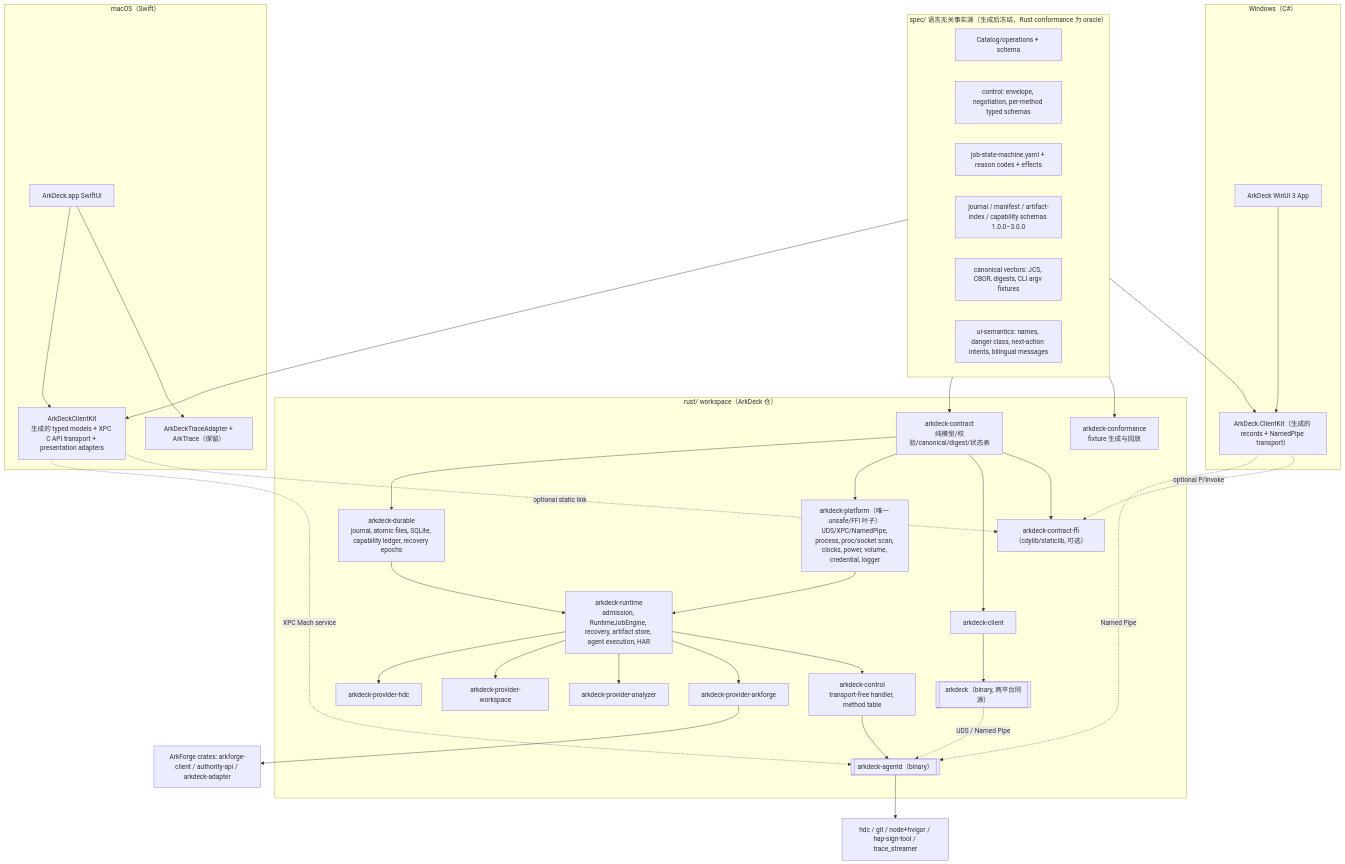
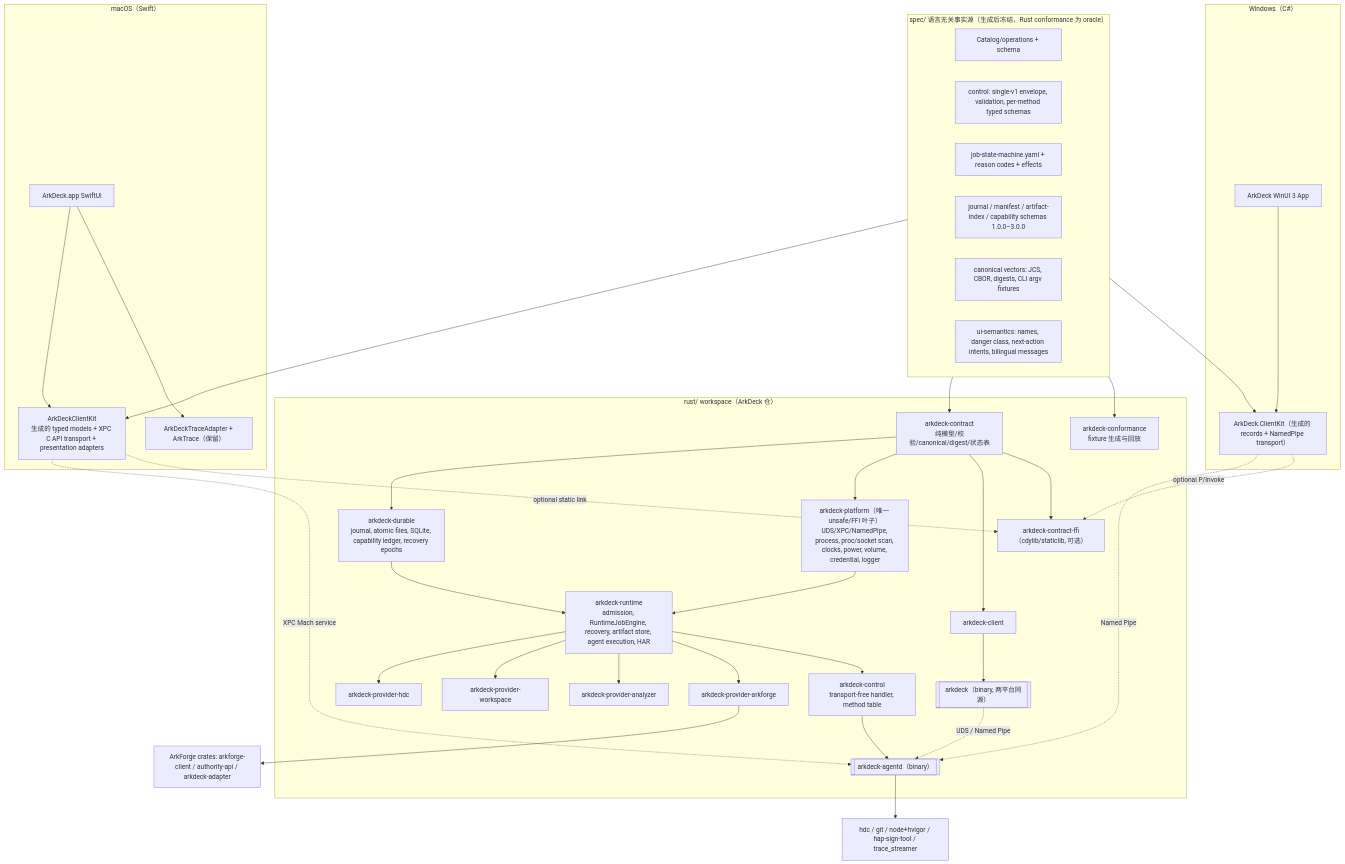
The first of 6 diagrams in docs/design/cross-platform/rust-core-cross-platform-architecture.md (ArkDeck/ArkDeck), drawn with Mermaid before and after one commit. The commit also changed other lines of this file and 11 other files, not shown here.

````diff
--- a/docs/design/cross-platform/rust-core-cross-platform-architecture.md
+++ b/docs/design/cross-platform/rust-core-cross-platform-architecture.md
@@ -138,64 +140,64 @@
 ```mermaid
 flowchart TB
   subgraph SPEC["spec/ 语言无关事实源（生成后冻结，Rust conformance 为 oracle）"]
     CAT[Catalog/operations + schema]
-    CTRL[control: envelope, negotiation, per-method typed schemas]
+    CTRL[control: single-v1 envelope, validation, per-method typed schemas]
     SM[job-state-machine.yaml + reason codes + effects]
     JRN[journal / manifest / artifact-index / capability schemas 1.0.0–3.0.0]
     VEC[canonical vectors: JCS, CBOR, digests, CLI argv fixtures]
     UIS[ui-semantics: names, danger class, next-action intents, bilingual messages]
   end
 
   subgraph RUST["rust/ workspace（ArkDeck 仓）"]
     CONTRACT[arkdeck-contract<br/>纯模型/校验/canonical/digest/状态表]
     DURABLE[arkdeck-durable<br/>journal, atomic files, SQLite, capability ledger, recovery epochs]
     PLATFORM[arkdeck-platform（唯一 unsafe/FFI 叶子）<br/>UDS/XPC/NamedPipe, process, proc/socket scan, clocks, power, volume, credential, logger]
     RUNTIME[arkdeck-runtime<br/>admission, RuntimeJobEngine, recovery, artifact store, agent execution, HAR]
     PHDC[arkdeck-provider-hdc]
     PWS[arkdeck-provider-workspace]
     PAN[arkdeck-provider-analyzer]
     PAF[arkdeck-provider-arkforge]
     CONTROLC[arkdeck-control<br/>transport-free handler, method table]
     DAEMON[[arkdeck-agentd（binary）]]
     CLI[[arkdeck（binary, 两平台同源）]]
     RCLIENT[arkdeck-client]
     FFI[arkdeck-contract-ffi（cdylib/staticlib, 可选）]
     CONF[arkdeck-conformance<br/>fixture 生成与回放]
   end
 
   subgraph SWIFT["macOS（Swift）"]
     APP[ArkDeck.app SwiftUI]
     KIT[ArkDeckClientKit<br/>生成的 typed models + XPC C API transport + presentation adapters]
     TRACE[ArkDeckTraceAdapter + ArkTrace（保留）]
   end
 
   subgraph CS["Windows（C#）"]
     WAPP[ArkDeck WinUI 3 App]
     WKIT[ArkDeck.ClientKit（生成的 records + NamedPipe transport）]
   end
 
   EXT[ArkForge crates: arkforge-client / authority-api / arkdeck-adapter]
   TOOLS[hdc / git / node+hvigor / hap-sign-tool / trace_streamer]
 
   SPEC --> CONTRACT
   SPEC --> KIT
   SPEC --> WKIT
   SPEC --> CONF
   CONTRACT --> DURABLE --> RUNTIME
   CONTRACT --> PLATFORM
   PLATFORM --> RUNTIME
   RUNTIME --> PHDC & PWS & PAN & PAF
   PAF --> EXT
   RUNTIME --> CONTROLC --> DAEMON
   CONTRACT --> RCLIENT --> CLI
   CONTRACT --> FFI
   APP --> KIT
   APP --> TRACE
   KIT -. XPC Mach service .-> DAEMON
   WAPP --> WKIT
   WKIT -. Named Pipe .-> DAEMON
   CLI -. UDS / Named Pipe .-> DAEMON
   KIT -. optional static link .-> FFI
   WKIT -. optional P/Invoke .-> FFI
   DAEMON --> TOOLS
 ```
````
